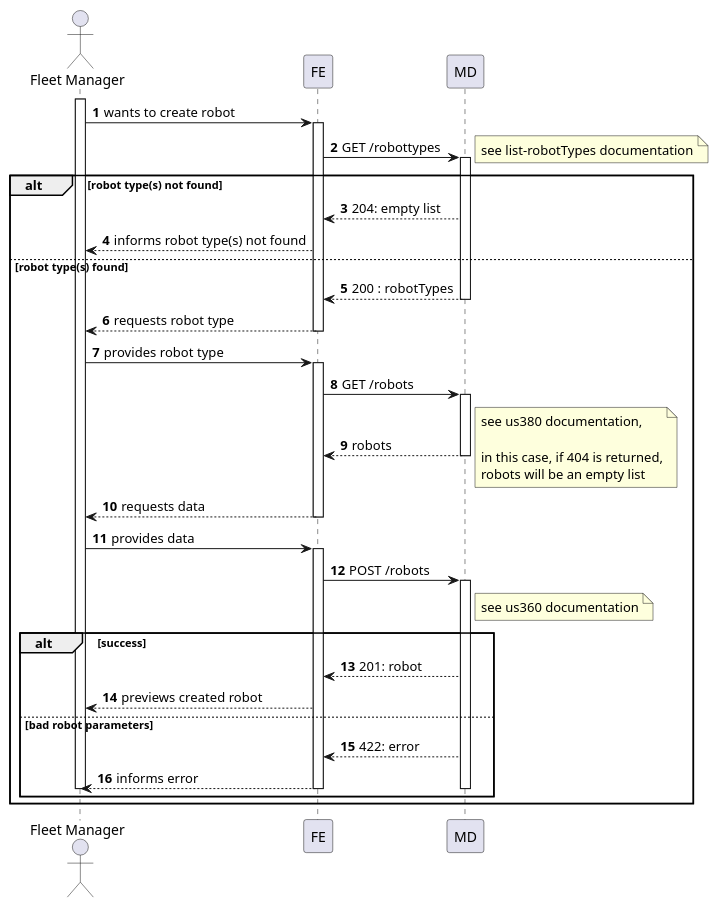
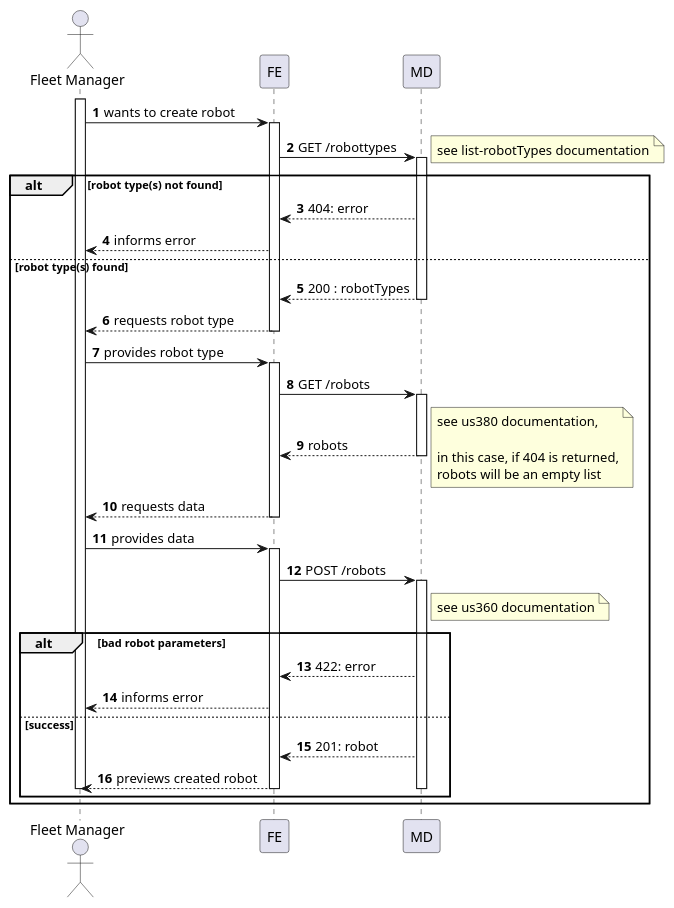
The diagram in docs/us1010/level2/process-view.puml (Departamento-de-Engenharia-Informatica/lapr5-23-24-g19), drawn with PlantUML before and after one commit. The commit also changed 6 other files, not shown here.

```diff
--- a/docs/us1010/level2/process-view.puml
+++ b/docs/us1010/level2/process-view.puml
@@ -1,54 +1,55 @@
 @startuml
+
 autonumber
 
 actor "Fleet Manager" as usr
 
 participant "FE" as ui
 
 participant "MD" as md
 
 activate usr
     usr -> ui : wants to create robot
     activate ui
         ui -> md : GET /robottypes
         activate md
-        alt robot type(s) not found
-        note right : see list-robotTypes documentation
-            md --> ui : 204: empty list
-            ui --> usr : informs robot type(s) not found
-        else robot type(s) found
+alt robot type(s) not found
+            note right : see list-robotTypes documentation
+            md --> ui : 404: error
+            ui --> usr : informs error
+else robot type(s) found
             md --> ui : 200 : robotTypes
         deactivate md
         ui --> usr : requests robot type
     deactivate ui
 
     usr -> ui : provides robot type
     activate ui
         ui -> md : GET /robots
         activate md
             md --> ui : robots
             note right : see us380 documentation,\n\nin this case, if 404 is returned,\nrobots will be an empty list
         deactivate md
         ui --> usr : requests data
     deactivate ui
 
     usr -> ui : provides data
     activate ui
         ui -> md : POST /robots
 
         activate md
         note right of md : see us360 documentation
-        alt success
+alt bad robot parameters
+            md --> ui : 422: error
+            ui --> usr : informs error
+else success
             md --> ui : 201: robot
             ui --> usr : previews created robot
-        else bad robot parameters
-            md --> ui : 422: error
-            ui --> usr : informs error
         deactivate md
 
     deactivate ui
 deactivate usr
 end
 end
 
 @enduml
```
